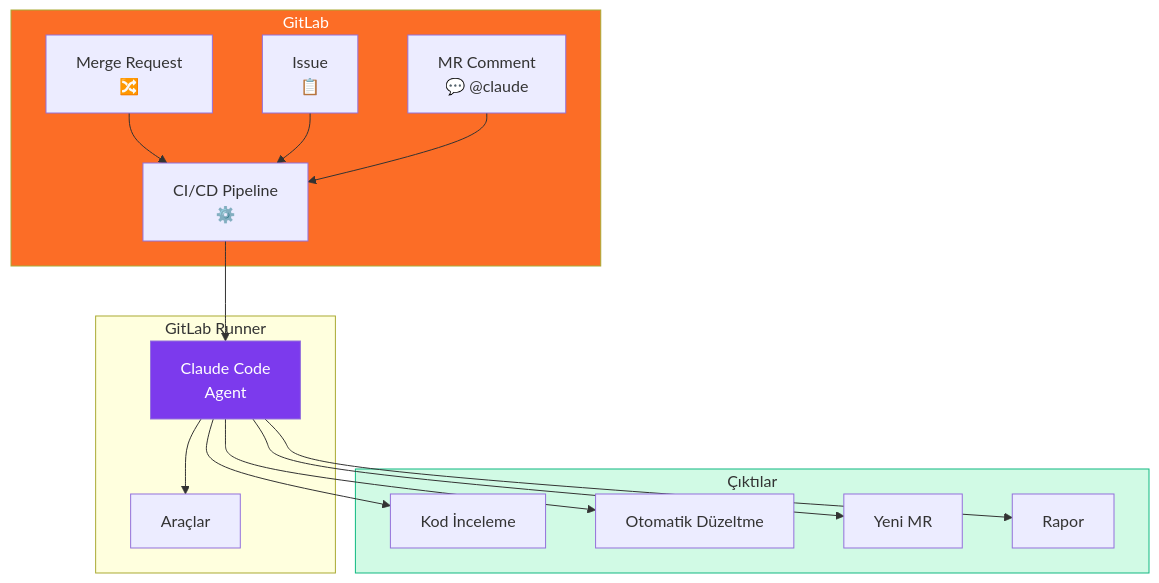
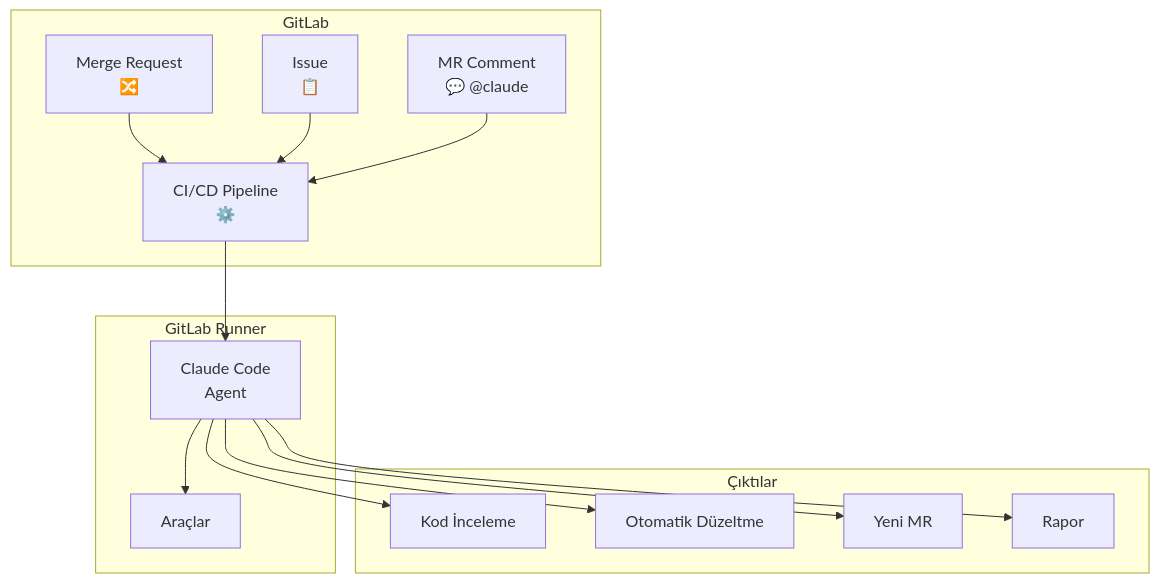
One commit to IzzetYasinAtes/ClaudeCodeHandbook changed the first of 3 diagrams in 16-cicd-ve-devops/02-gitlab-cicd.md. Above: the diagram before and after it, drawn with Mermaid. The commit also changed other lines of this file and 97 other files, not shown here.

Commit message:
Remove all custom Mermaid style/fill colors from 98 markdown files for consistent dark theme rendering

````diff
--- a/16-cicd-ve-devops/02-gitlab-cicd.md
+++ b/16-cicd-ve-devops/02-gitlab-cicd.md
@@ -17,36 +17,33 @@
 ```mermaid
 flowchart TB
     subgraph gitlab ["GitLab"]
         MR["Merge Request<br/>🔀"]
         ISS["Issue<br/>📋"]
         NOTE["MR Comment<br/>💬 @claude"]
         PIPE["CI/CD Pipeline<br/>⚙️"]
     end
 
     subgraph runner ["GitLab Runner"]
         CC["Claude Code<br/>Agent"]
         TOOLS["Araçlar"]
     end
 
     subgraph outputs ["Çıktılar"]
         REVIEW["Kod İnceleme"]
         FIX["Otomatik Düzeltme"]
         NEW_MR["Yeni MR"]
         REPORT["Rapor"]
     end
 
     MR --> PIPE
     ISS --> PIPE
     NOTE --> PIPE
     PIPE --> CC
     CC --> TOOLS
 
     CC --> REVIEW
     CC --> FIX
     CC --> NEW_MR
     CC --> REPORT
 
-    style gitlab fill:#FC6D26,color:#fff
-    style CC fill:#7C3AED,color:#fff
-    style outputs fill:#D1FAE5,stroke:#10B981
 ```
````
